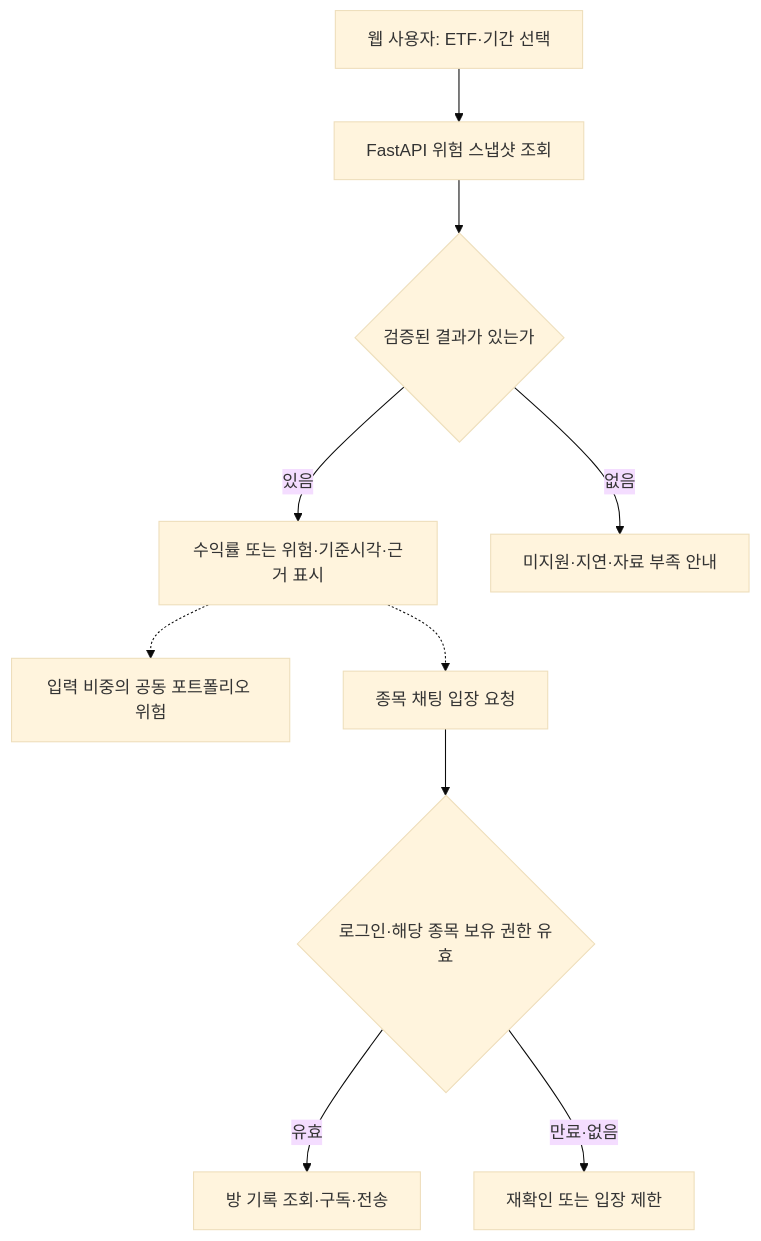
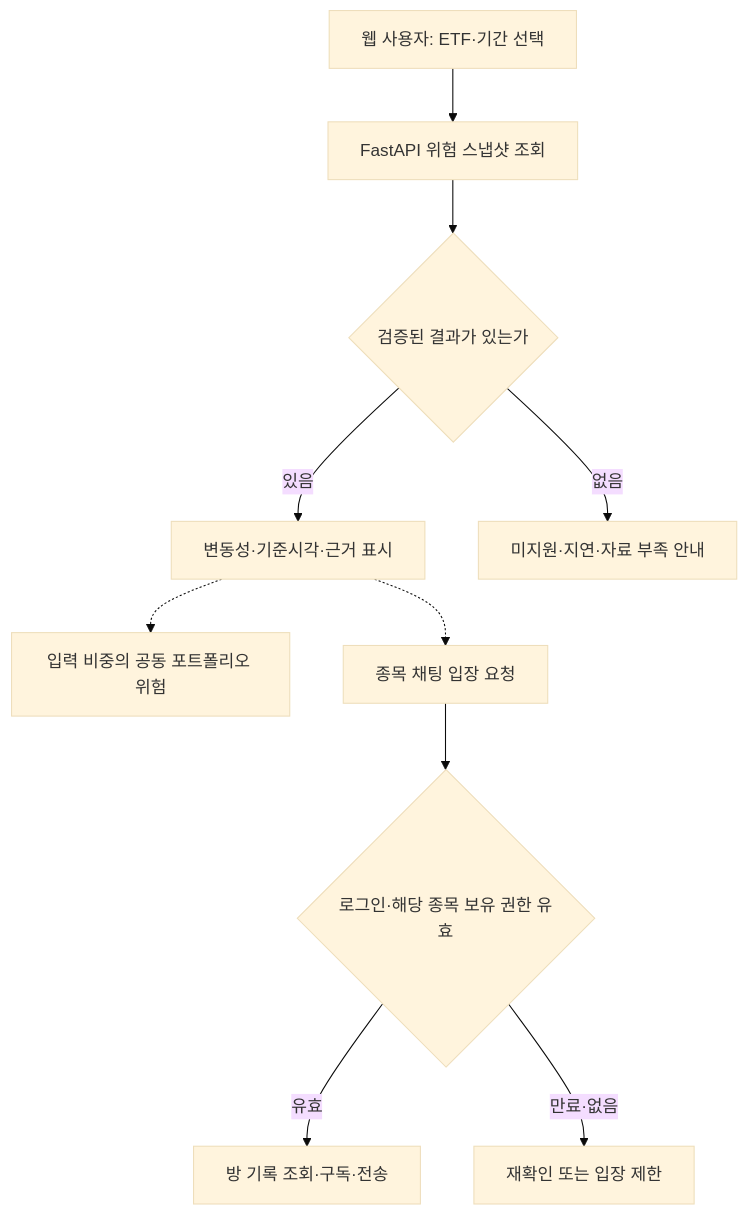
Before and after one commit to AnDev77/ShockGarph_AI: the second of 2 diagrams in docs/project-flow.md, drawn with Mermaid (base theme). The commit also changed other lines of this file and 12 other files, not shown here.

````diff
--- a/docs/project-flow.md
+++ b/docs/project-flow.md
@@ -68,12 +55,12 @@
 ```mermaid
 flowchart TB
     U["웹 사용자: ETF·기간 선택"] --> A["FastAPI 위험 스냅샷 조회"]
     A --> Q{"검증된 결과가 있는가"}
-    Q -->|있음| C["수익률 또는 위험·기준시각·근거 표시"]
+    Q -->|있음| C["변동성·기준시각·근거 표시"]
     Q -->|없음| X["미지원·지연·자료 부족 안내"]
     C -.-> P["입력 비중의 공동 포트폴리오 위험"]
     C -.-> G["종목 채팅 입장 요청"]
     G --> V{"로그인·해당 종목 보유 권한 유효"}
     V -->|유효| R["방 기록 조회·구독·전송"]
     V -->|만료·없음| F["재확인 또는 입장 제한"]
 ```
````
